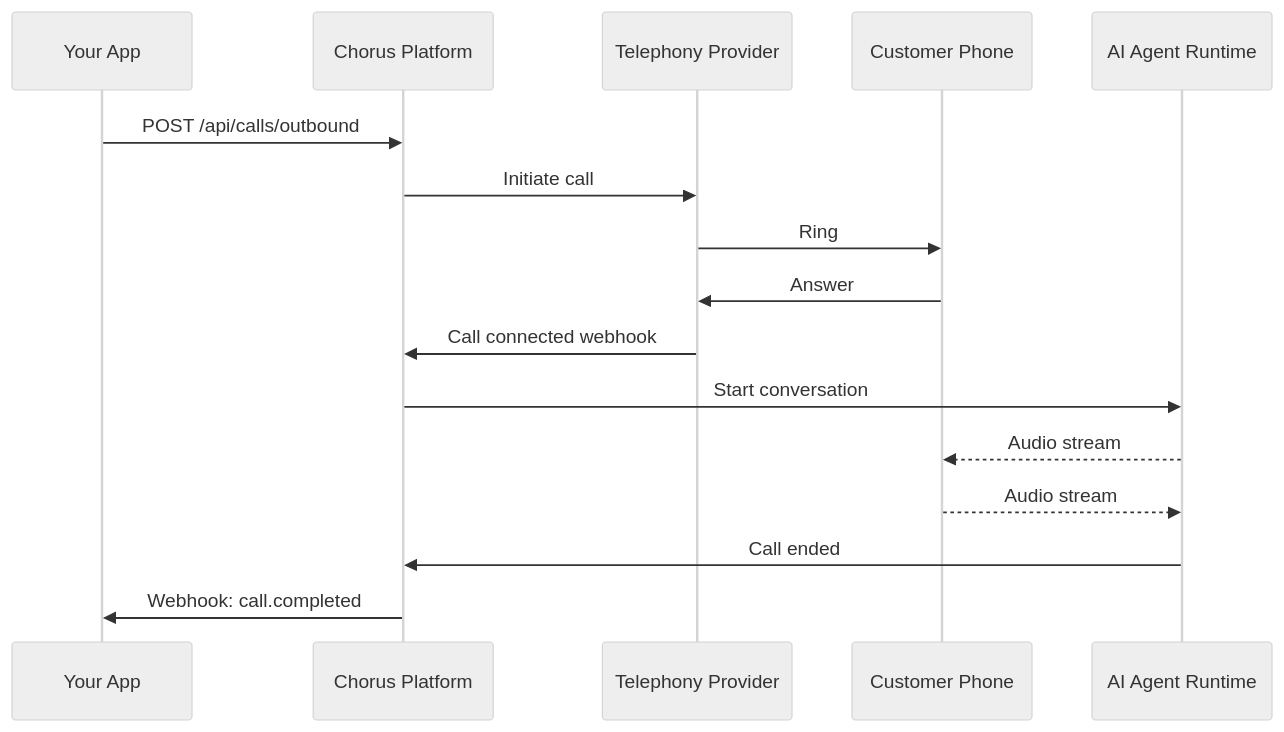
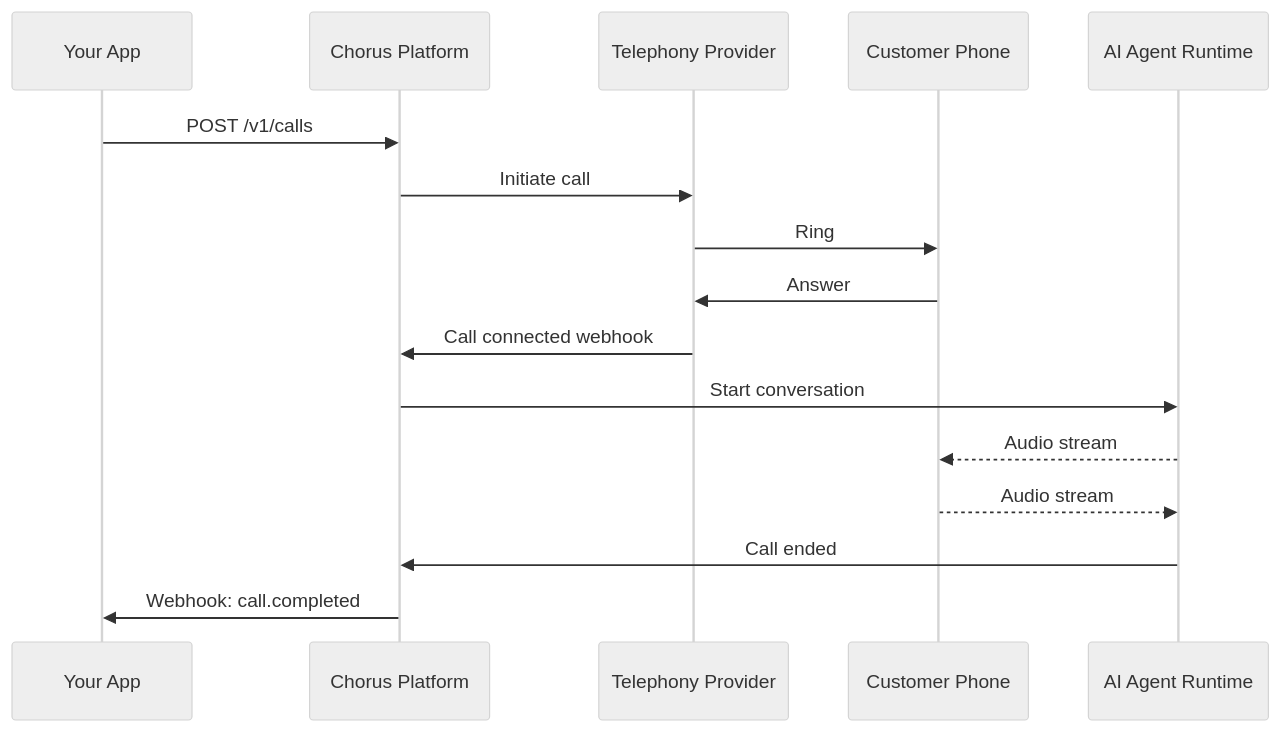
Before and after one commit to Youssef-Abdelsalam-2005/chorus-docs: the first of 2 diagrams in content/docs/(index)/core-concepts/calls.mdx, drawn with Mermaid (neutral theme). The commit also changed other lines of this file and 5 other files, not shown here.

````diff
--- a/content/docs/(index)/core-concepts/calls.mdx
+++ b/content/docs/(index)/core-concepts/calls.mdx
@@ -143,19 +122,19 @@
 ```mermaid
 sequenceDiagram
     participant API as Your App
     participant Platform as Chorus Platform
     participant Provider as Telephony Provider
     participant Phone as Customer Phone
     participant Agent as AI Agent Runtime
 
-    API->>Platform: POST /api/calls/outbound
+    API->>Platform: POST /v1/calls
     Platform->>Provider: Initiate call
     Provider->>Phone: Ring
     Phone->>Provider: Answer
     Provider->>Platform: Call connected webhook
     Platform->>Agent: Start conversation
     Agent-->>Phone: Audio stream
     Phone-->>Agent: Audio stream
     Agent->>Platform: Call ended
     Platform->>API: Webhook: call.completed
 ```
````
